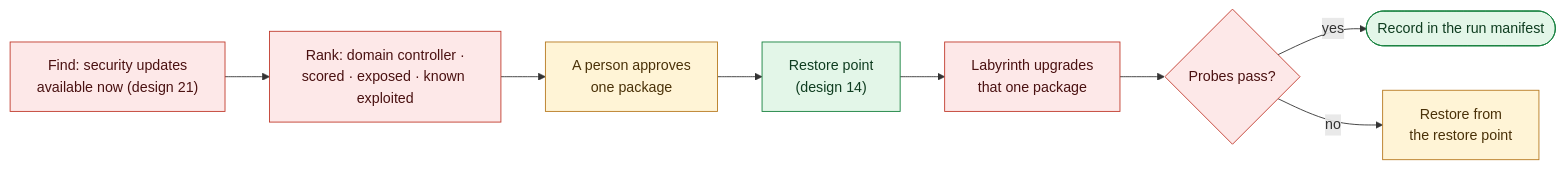
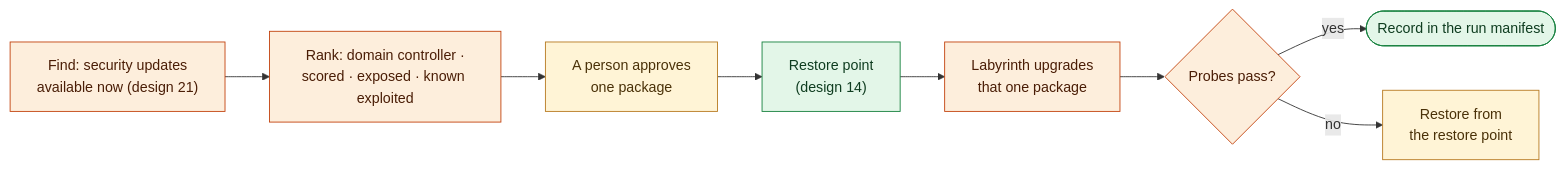
Before and after one commit to dotnetdork/Labyrinth: the diagram in docs/design/15-Patching-and-Service-Reduction.md, drawn with Mermaid. The commit also changed other lines of this file and 33 other files, not shown here.

````diff
--- a/docs/design/15-Patching-and-Service-Reduction.md
+++ b/docs/design/15-Patching-and-Service-Reduction.md
@@ -59,19 +59,19 @@
 ```mermaid
 flowchart LR
     CK["Find: security updates<br/>available now (design 21)"] --> RK["Rank: domain controller ·<br/>scored · exposed · known exploited"]
     RK --> PK["A person approves<br/>one package"]
     PK --> BK["Restore point<br/>(design 14)"]
     BK --> RUN["Labyrinth upgrades<br/>that one package"]
     RUN --> VF{"Probes pass?"}
     VF -->|yes| OK(["Record in the run manifest"])
     VF -->|no| RS["Restore from<br/>the restore point"]
-    classDef lockout fill:#fde8e8,stroke:#c0392b,color:#4a1111
+    classDef harden fill:#fdeedc,stroke:#c2410c,color:#4a1d06
     classDef human fill:#fff4d6,stroke:#b7791f,color:#4a3108
     classDef sustain fill:#e3f6e8,stroke:#15803d,color:#0f3d20
     classDef ok fill:#e3f6e8,stroke:#15803d,color:#0f3d20
-    class CK,RK,VF lockout
+    class CK,RK,VF harden
     class PK,RS human
-    class RUN lockout
+    class RUN harden
     class BK sustain
     class OK ok
 ```
````
